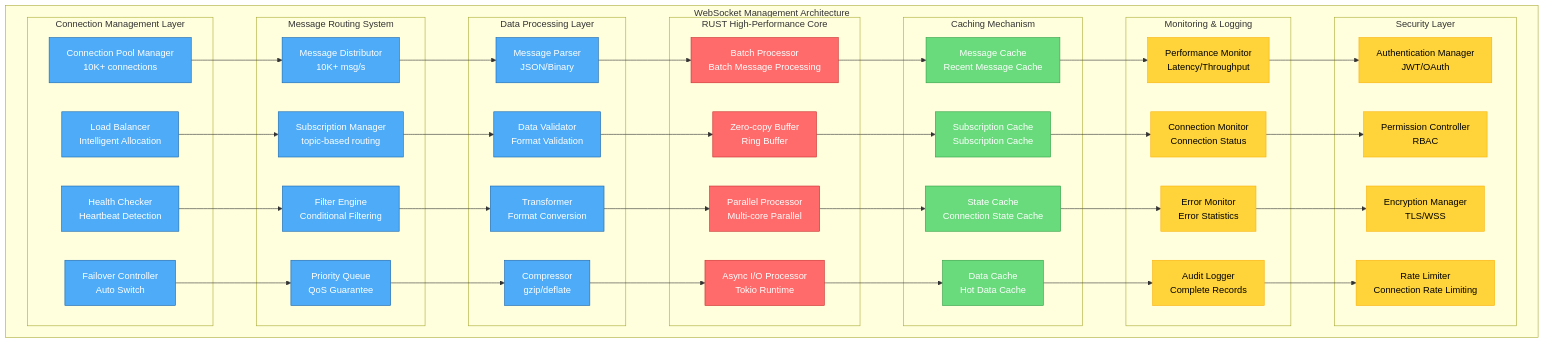
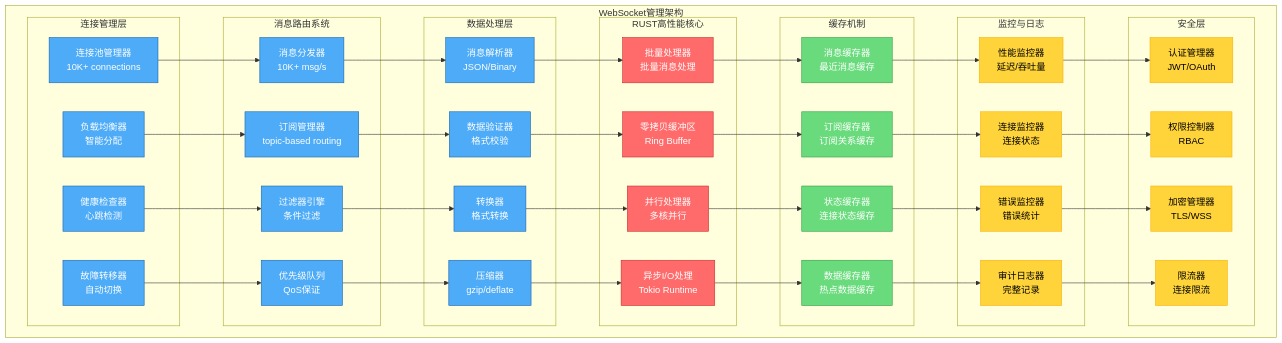
One commit to zcxGGmu/DeepAlpha changed the seventh of 12 diagrams in README.zh.md. Above: the diagram before and after it, drawn with Mermaid. The commit also changed other lines of this file and 1 other file, not shown here.

````diff
--- a/README.zh.md
+++ b/README.zh.md
@@ -855,53 +854,53 @@
 ```mermaid
 graph TB
-    subgraph "WebSocket Management Architecture"
-        subgraph "Connection Management Layer"
-            CM1[Connection Pool Manager<br/>10K+ connections]
-            CM2[Load Balancer<br/>Intelligent Allocation]
-            CM3[Health Checker<br/>Heartbeat Detection]
-            CM4[Failover Controller<br/>Auto Switch]
+    subgraph "WebSocket管理架构"
+        subgraph "连接管理层"
+            CM1[连接池管理器<br/>10K+ connections]
+            CM2[负载均衡器<br/>智能分配]
+            CM3[健康检查器<br/>心跳检测]
+            CM4[故障转移器<br/>自动切换]
         end
 
-        subgraph "Message Routing System"
-            MR1[Message Distributor<br/>10K+ msg/s]
-            MR2[Subscription Manager<br/>topic-based routing]
-            MR3[Filter Engine<br/>Conditional Filtering]
-            MR4[Priority Queue<br/>QoS Guarantee]
+        subgraph "消息路由系统"
+            MR1[消息分发器<br/>10K+ msg/s]
+            MR2[订阅管理器<br/>topic-based routing]
+            MR3[过滤器引擎<br/>条件过滤]
+            MR4[优先级队列<br/>QoS保证]
         end
 
-        subgraph "Data Processing Layer"
-            DP1[Message Parser<br/>JSON/Binary]
-            DP2[Data Validator<br/>Format Validation]
-            DP3[Transformer<br/>Format Conversion]
-            DP4[Compressor<br/>gzip/deflate]
+        subgraph "数据处理层"
+            DP1[消息解析器<br/>JSON/Binary]
+            DP2[数据验证器<br/>格式校验]
+            DP3[转换器<br/>格式转换]
+            DP4[压缩器<br/>gzip/deflate]
         end
 
-        subgraph "RUST High-Performance Core"
-            RH1[Batch Processor<br/>Batch Message Processing]
-            RH2[Zero-copy Buffer<br/>Ring Buffer]
-            RH3[Parallel Processor<br/>Multi-core Parallel]
-            RH4[Async I/O Processor<br/>Tokio Runtime]
+        subgraph "RUST高性能核心"
+            RH1[批量处理器<br/>批量消息处理]
+            RH2[零拷贝缓冲区<br/>Ring Buffer]
+            RH3[并行处理器<br/>多核并行]
+            RH4[异步I/O处理<br/>Tokio Runtime]
         end
 
-        subgraph "Caching Mechanism"
-            CH1[Message Cache<br/>Recent Message Cache]
-            CH2[Subscription Cache<br/>Subscription Cache]
-            CH3[State Cache<br/>Connection State Cache]
-            CH4[Data Cache<br/>Hot Data Cache]
+        subgraph "缓存机制"
+            CH1[消息缓存器<br/>最近消息缓存]
+            CH2[订阅缓存器<br/>订阅关系缓存]
+            CH3[状态缓存器<br/>连接状态缓存]
+            CH4[数据缓存器<br/>热点数据缓存]
         end
 
-        subgraph "Monitoring & Logging"
-            ML1[Performance Monitor<br/>Latency/Throughput]
-            ML2[Connection Monitor<br/>Connection Status]
-            ML3[Error Monitor<br/>Error Statistics]
-            ML4[Audit Logger<br/>Complete Records]
+        subgraph "监控与日志"
+            ML1[性能监控器<br/>延迟/吞吐量]
+            ML2[连接监控器<br/>连接状态]
+            ML3[错误监控器<br/>错误统计]
+            ML4[审计日志器<br/>完整记录]
         end
 
-        subgraph "Security Layer"
-            SC1[Authentication Manager<br/>JWT/OAuth]
-            SC2[Permission Controller<br/>RBAC]
-            SC3[Encryption Manager<br/>TLS/WSS]
-            SC4[Rate Limiter<br/>Connection Rate Limiting]
+        subgraph "安全层"
+            SC1[认证管理器<br/>JWT/OAuth]
+            SC2[权限控制器<br/>RBAC]
+            SC3[加密管理器<br/>TLS/WSS]
+            SC4[限流器<br/>连接限流]
         end
     end
 
````
